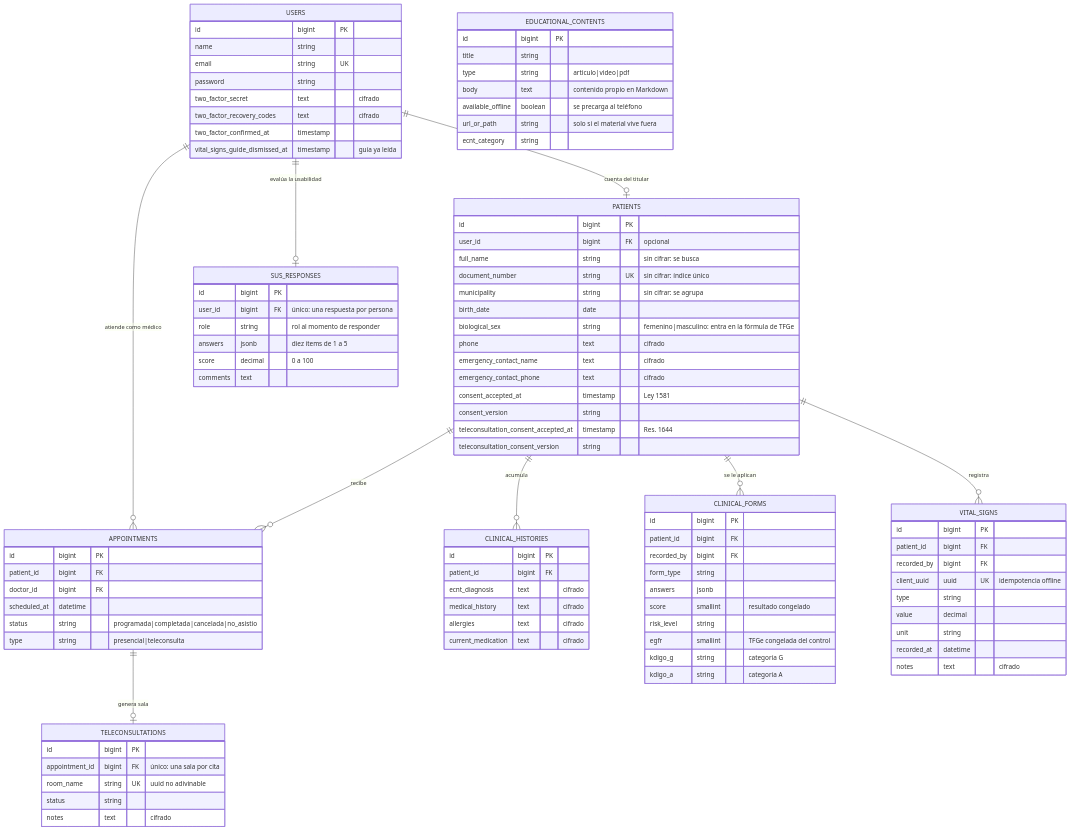
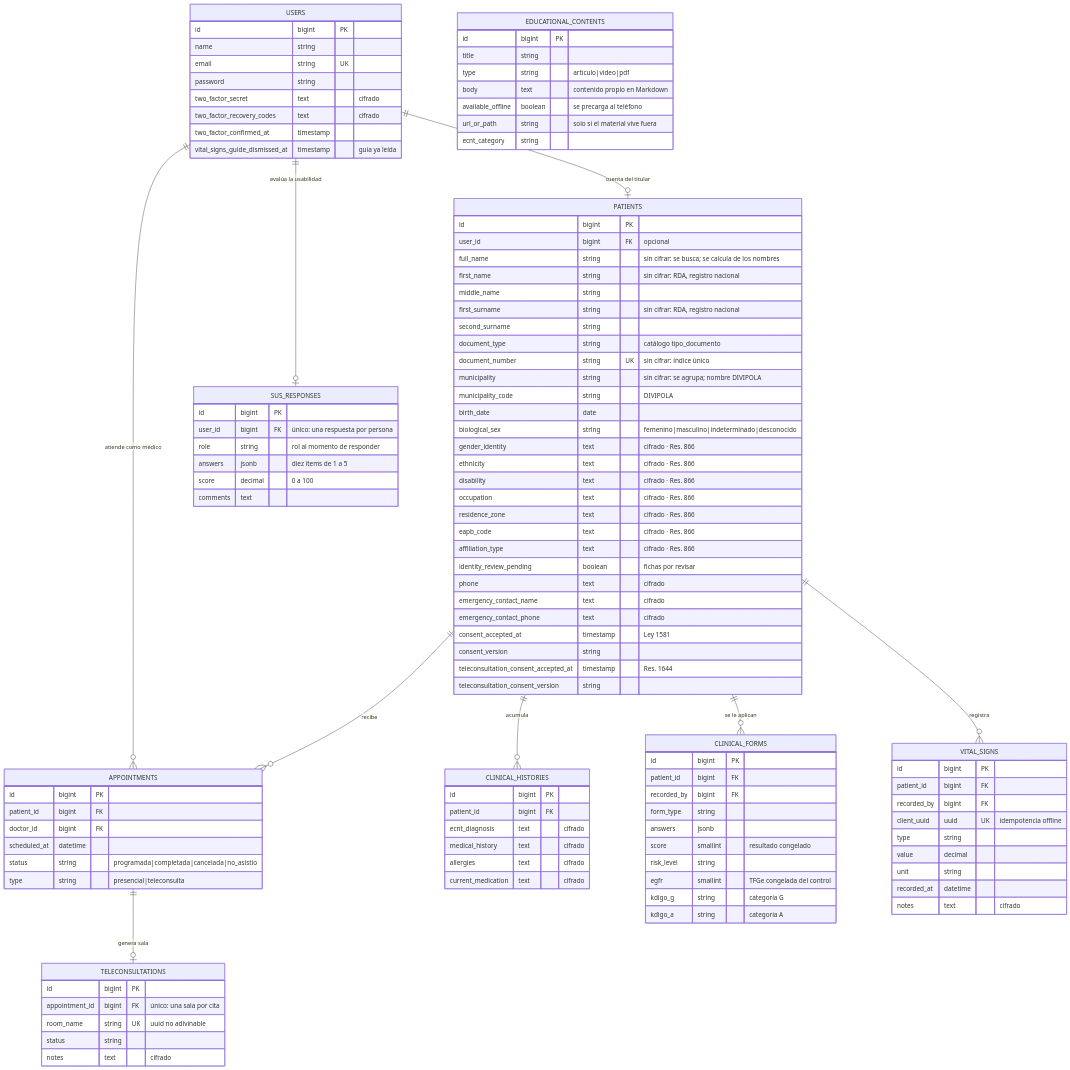
The third of 6 diagrams in docs/arquitectura.md (Bello2005/nefrChoco-project), drawn with Mermaid before and after one commit. The commit also changed other lines of this file and 35 other files, not shown here.

```diff
--- a/docs/arquitectura.md
+++ b/docs/arquitectura.md
@@ -103,11 +103,25 @@
     PATIENTS {
         id bigint PK
         user_id bigint FK "opcional"
-        full_name string "sin cifrar: se busca"
+        full_name string "sin cifrar: se busca; se calcula de los nombres"
+        first_name string "sin cifrar: RDA, registro nacional"
+        middle_name string
+        first_surname string "sin cifrar: RDA, registro nacional"
+        second_surname string
+        document_type string "catálogo tipo_documento"
         document_number string UK "sin cifrar: índice único"
-        municipality string "sin cifrar: se agrupa"
+        municipality string "sin cifrar: se agrupa; nombre DIVIPOLA"
+        municipality_code string "DIVIPOLA"
         birth_date date
-        biological_sex string "femenino|masculino: entra en la fórmula de TFGe"
+        biological_sex string "femenino|masculino|indeterminado|desconocido"
+        gender_identity text "cifrado · Res. 866"
+        ethnicity text "cifrado · Res. 866"
+        disability text "cifrado · Res. 866"
+        occupation text "cifrado · Res. 866"
+        residence_zone text "cifrado · Res. 866"
+        eapb_code text "cifrado · Res. 866"
+        affiliation_type text "cifrado · Res. 866"
+        identity_review_pending boolean "fichas por revisar"
         phone text "cifrado"
         emergency_contact_name text "cifrado"
         emergency_contact_phone text "cifrado"
```
